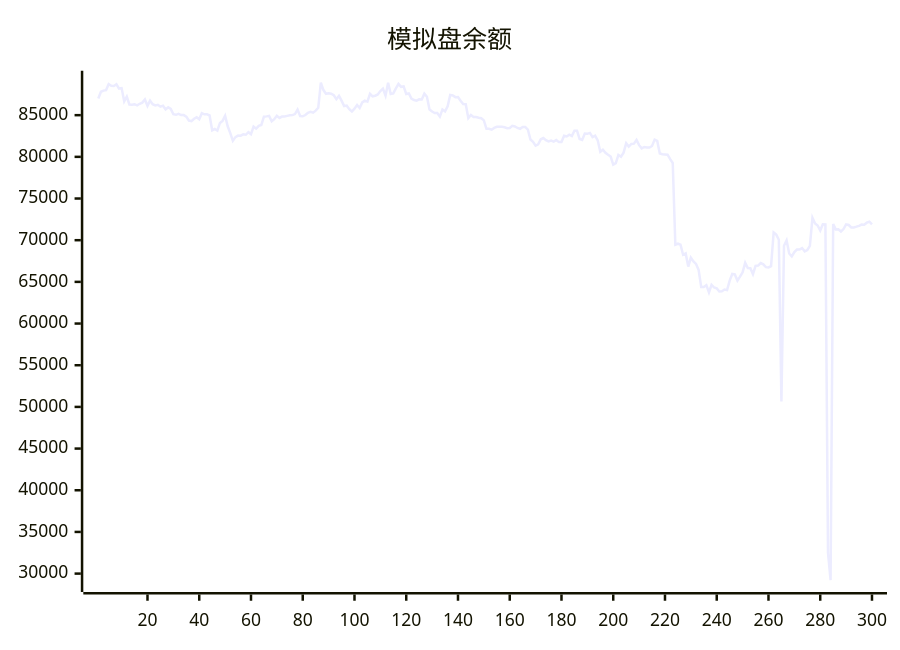
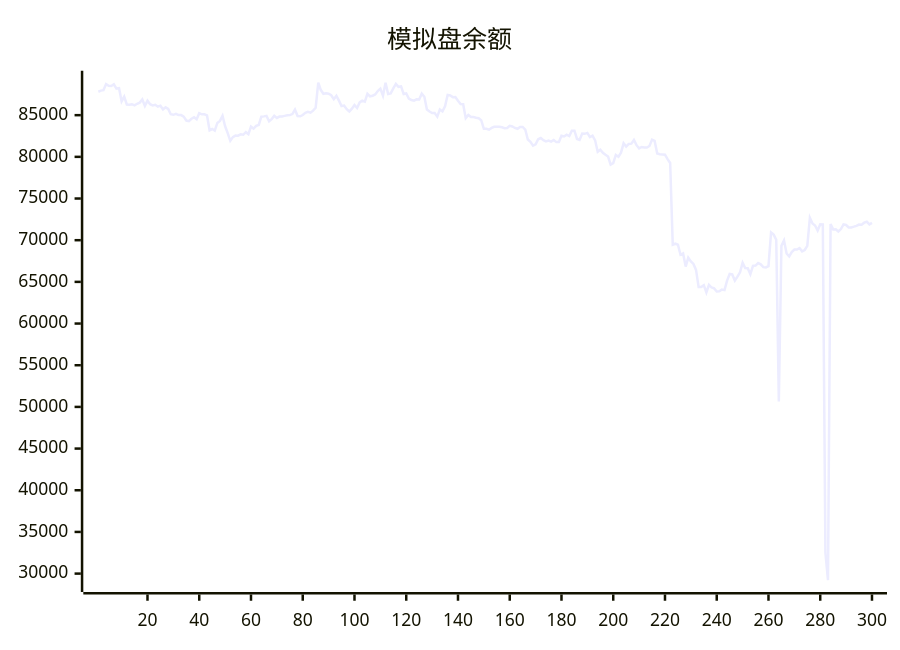
The diagram in README.md (aahl/ai-trading), drawn with Mermaid before and after one commit. The commit also changed other lines of this file and 1 other file, not shown here.

````diff
--- a/README.md
+++ b/README.md
@@ -5,5 +5,5 @@
 ```mermaid
 xychart
     title "模拟盘余额"
-    line [87001,87811,87945,88007,88734,88528,88495,88705,88189,88248,86662,87234,86279,86251,86314,86177,86364,86503,86886,86114,86731,86310,86176,86240,86017,86136,85685,85938,85749,85111,85044,85164,85016,85008,84824,84354,84287,84572,84745,84500,85234,85096,85095,84970,83180,83338,83157,84070,84309,84922,83667,82850,81924,82369,82552,82539,82695,82648,82962,82728,83619,83378,83710,83825,84819,84854,84917,84265,84527,84919,84668,84834,84850,84916,84981,85004,85131,85674,84891,84864,85019,85284,85393,85294,85538,85894,88904,88012,87567,87625,87568,87386,86920,87313,86737,86094,86143,85725,85437,85787,86219,85859,86526,86740,86630,87563,87264,87335,87483,87886,88180,87335,88894,87544,87608,88207,88755,88401,88444,87543,87608,87000,86810,86740,86894,86884,87576,87209,85686,85435,85251,85255,84820,85689,85453,86066,87420,87373,87161,87178,86740,86341,86315,84643,85012,84772,84768,84690,84635,84376,83360,83357,83259,83474,83608,83606,83602,83548,83440,83454,83724,83644,83464,83365,83590,83592,83275,82072,81806,81344,81492,82109,82254,82006,81848,81955,81829,82022,81769,81776,82522,82441,82656,82498,83144,83144,82150,82038,82797,82763,82872,82367,82536,81981,80612,80862,80484,80242,80034,79063,79245,80226,80016,80507,81625,81233,81544,81578,82016,81401,81019,81186,81130,81118,81306,82066,81909,80392,80304,80291,80258,79729,79261,69466,69579,69456,68251,68415,66832,67911,67462,67144,66432,64380,64375,64606,63740,64647,64324,64216,63842,63877,64078,64008,65156,65945,65888,65157,65625,66144,67284,66653,66639,65924,66925,66956,67263,67108,66766,66729,66886,70927,70673,70049,50652,69334,69973,68400,68061,68578,68876,68879,69055,68662,68822,69329,72687,71999,71760,71162,71911,71896,32500,29218,71927,71297,71305,71044,71337,71883,71822,71536,71536,71622,71723,71880,71860,72100,72216,71887]
+    line [87811,87945,88007,88734,88528,88495,88705,88189,88248,86662,87234,86279,86251,86314,86177,86364,86503,86886,86114,86731,86310,86176,86240,86017,86136,85685,85938,85749,85111,85044,85164,85016,85008,84824,84354,84287,84572,84745,84500,85234,85096,85095,84970,83180,83338,83157,84070,84309,84922,83667,82850,81924,82369,82552,82539,82695,82648,82962,82728,83619,83378,83710,83825,84819,84854,84917,84265,84527,84919,84668,84834,84850,84916,84981,85004,85131,85674,84891,84864,85019,85284,85393,85294,85538,85894,88904,88012,87567,87625,87568,87386,86920,87313,86737,86094,86143,85725,85437,85787,86219,85859,86526,86740,86630,87563,87264,87335,87483,87886,88180,87335,88894,87544,87608,88207,88755,88401,88444,87543,87608,87000,86810,86740,86894,86884,87576,87209,85686,85435,85251,85255,84820,85689,85453,86066,87420,87373,87161,87178,86740,86341,86315,84643,85012,84772,84768,84690,84635,84376,83360,83357,83259,83474,83608,83606,83602,83548,83440,83454,83724,83644,83464,83365,83590,83592,83275,82072,81806,81344,81492,82109,82254,82006,81848,81955,81829,82022,81769,81776,82522,82441,82656,82498,83144,83144,82150,82038,82797,82763,82872,82367,82536,81981,80612,80862,80484,80242,80034,79063,79245,80226,80016,80507,81625,81233,81544,81578,82016,81401,81019,81186,81130,81118,81306,82066,81909,80392,80304,80291,80258,79729,79261,69466,69579,69456,68251,68415,66832,67911,67462,67144,66432,64380,64375,64606,63740,64647,64324,64216,63842,63877,64078,64008,65156,65945,65888,65157,65625,66144,67284,66653,66639,65924,66925,66956,67263,67108,66766,66729,66886,70927,70673,70049,50652,69334,69973,68400,68061,68578,68876,68879,69055,68662,68822,69329,72687,71999,71760,71162,71911,71896,32500,29218,71927,71297,71305,71044,71337,71883,71822,71536,71536,71622,71723,71880,71860,72100,72216,71887,72077]
 ```
````
